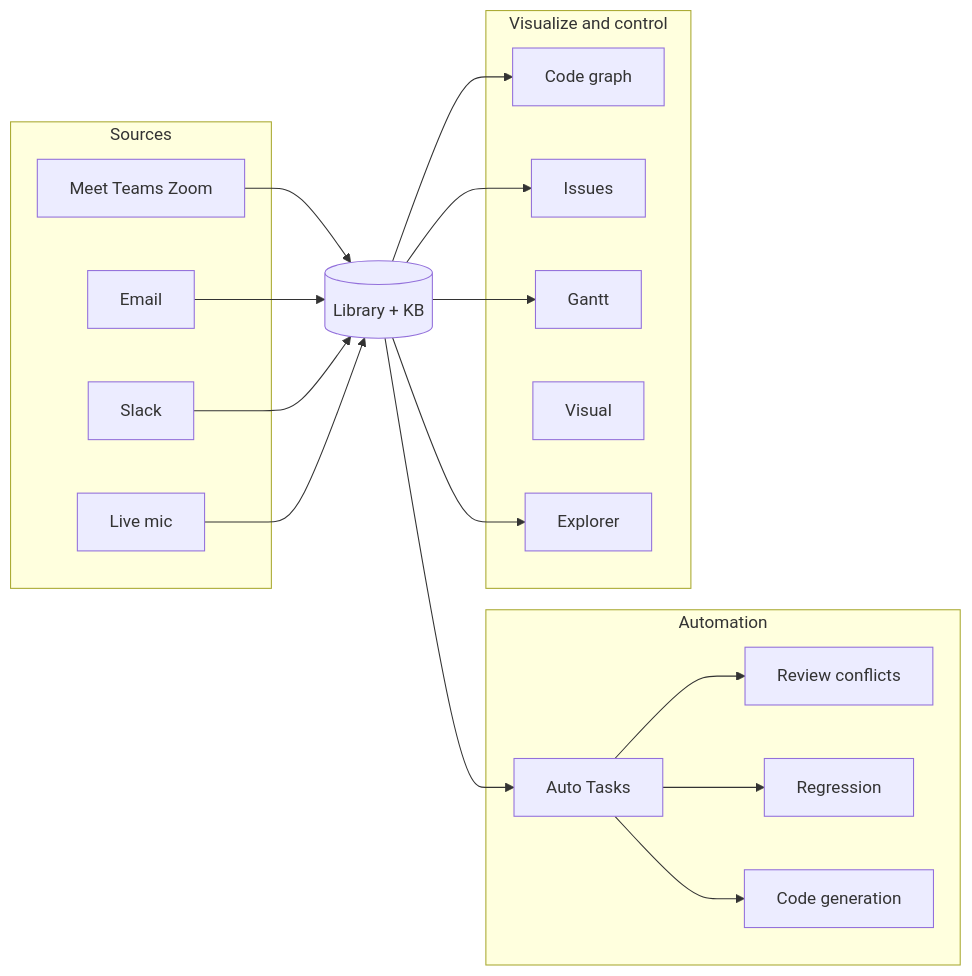
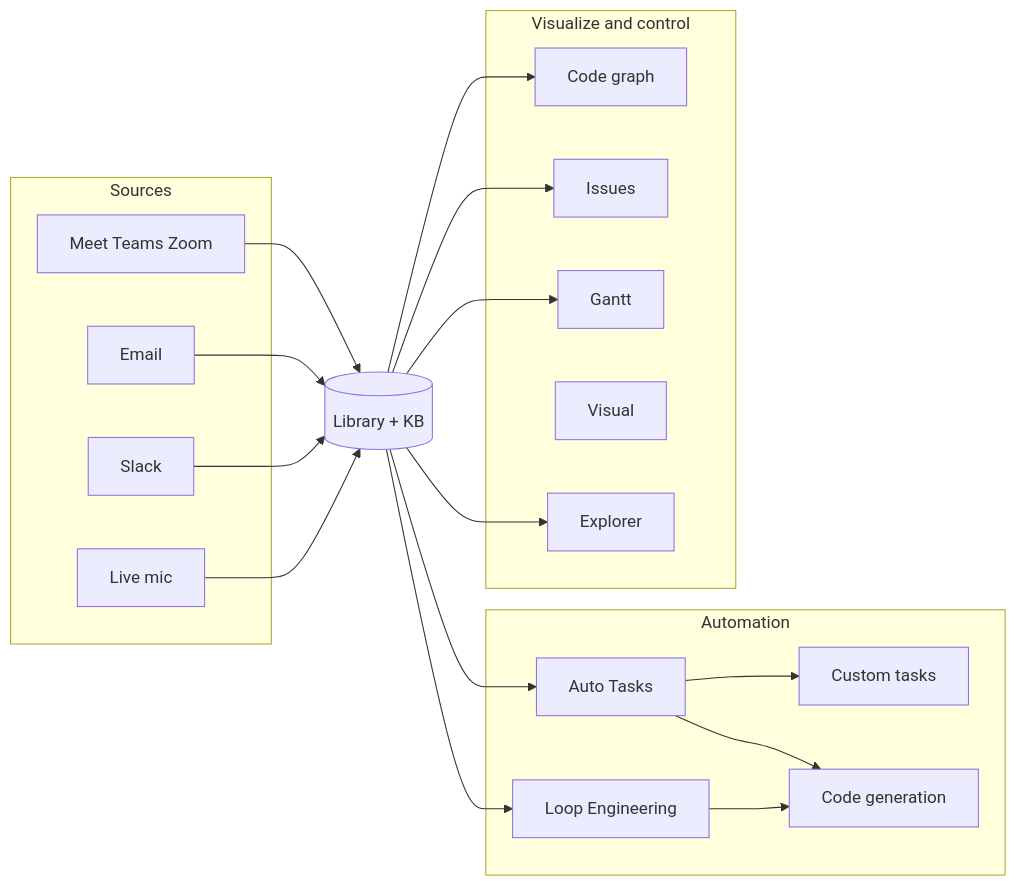
Before and after one commit to dnsmalla/llm-ide: the first of 2 diagrams in README.md, drawn with Mermaid. The commit also changed other lines of this file, not shown here.

````diff
--- a/README.md
+++ b/README.md
@@ -35,29 +37,30 @@
 ```mermaid
 flowchart LR
   subgraph sources [Sources]
     M[Meet Teams Zoom]
     E[Email]
     S[Slack]
     L[Live mic]
   end
   LIB[(Library + KB)]
   subgraph auto [Automation]
     AT[Auto Tasks]
-    RC[Review conflicts]
-    RG[Regression]
+    LE[Loop Engineering]
+    CT[Custom tasks]
     CG[Code generation]
   end
   subgraph viz [Visualize and control]
     G[Code graph]
     I[Issues]
     GN[Gantt]
     V[Visual]
     EX[Explorer]
   end
   M --> LIB
   E --> LIB
   S --> LIB
   L --> LIB
-  LIB --> AT & EX & G & I & GN
-  AT --> RC & RG & CG
+  LIB --> AT & LE & EX & G & I & GN
+  AT --> CT & CG
+  LE --> CG
 ```
````
